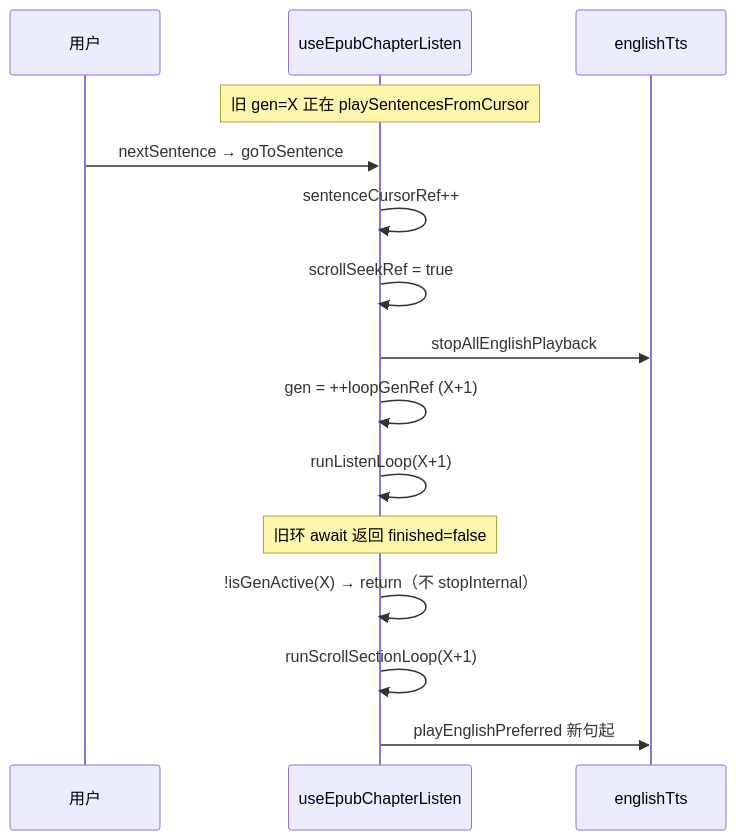
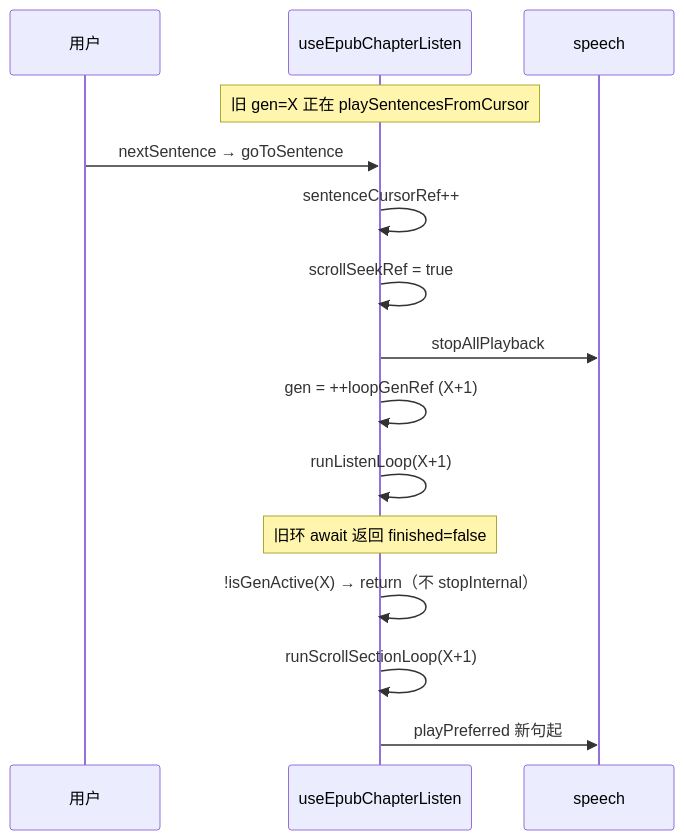
Before and after one commit to dnhyxc/dnhyxc-ai: the fourth of 5 diagrams in docs/ideas/epub-scroll-multi-iframe-listen.md, drawn with Mermaid. The commit also changed other lines of this file and 111 other files, not shown here.

````diff
--- a/docs/ideas/epub-scroll-multi-iframe-listen.md
+++ b/docs/ideas/epub-scroll-multi-iframe-listen.md
@@ -342,20 +342,20 @@
 ```mermaid
 sequenceDiagram
   participant U as 用户
   participant H as useEpubChapterListen
-  participant T as englishTts
+  participant T as speech
 
   Note over H: 旧 gen=X 正在 playSentencesFromCursor
   U->>H: nextSentence → goToSentence
   H->>H: sentenceCursorRef++
   H->>H: scrollSeekRef = true
-  H->>T: stopAllEnglishPlayback
+  H->>T: stopAllPlayback
   H->>H: gen = ++loopGenRef (X+1)
   H->>H: runListenLoop(X+1)
 
   Note over H: 旧环 await 返回 finished=false
   H->>H: !isGenActive(X) → return（不 stopInternal）
 
   H->>H: runScrollSectionLoop(X+1)
-  H->>T: playEnglishPreferred 新句起
+  H->>T: playPreferred 新句起
 ```
````
